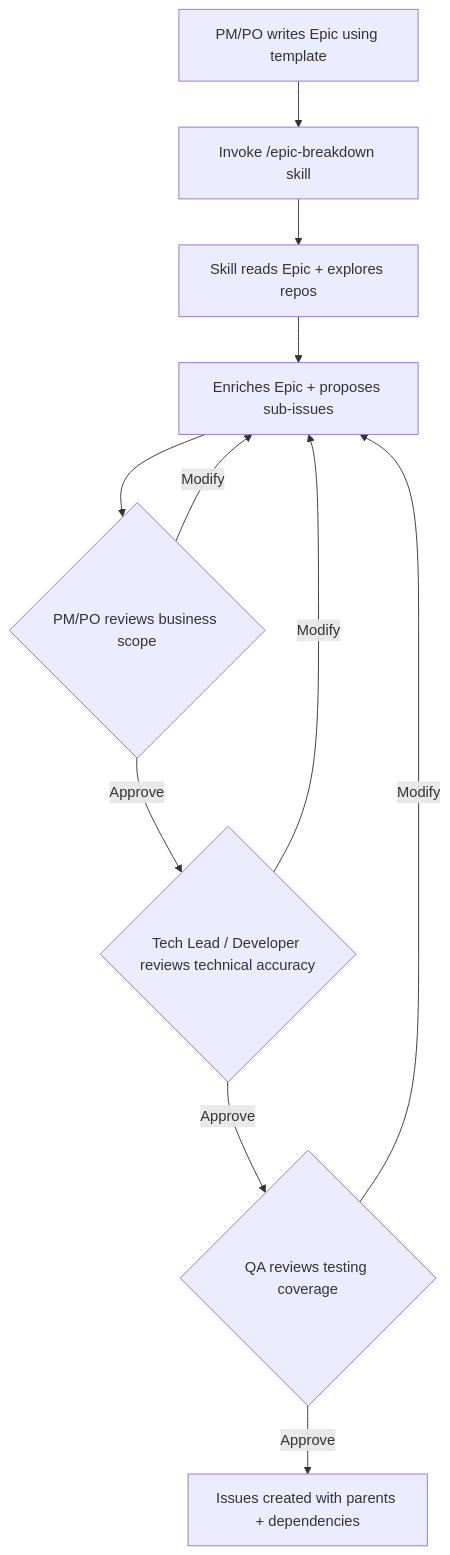
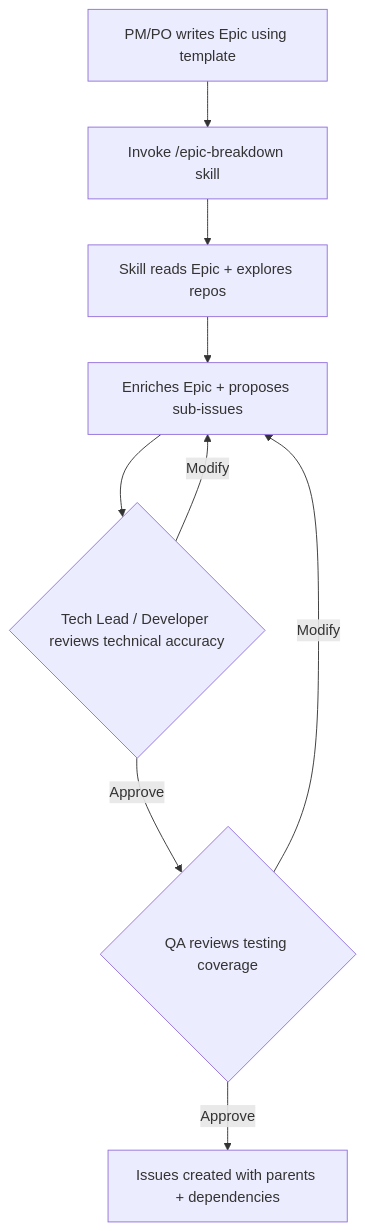
One commit to OmniTrustILM/.github changed the second of 2 diagrams in docs/development-process.md. Above: the diagram before and after it, drawn with Mermaid. The commit also changed other lines of this file, not shown here.

First line of the commit message:
Remove PM/PO review from the Epic breakdown flow

````diff
--- a/docs/development-process.md
+++ b/docs/development-process.md
@@ -267,13 +266,11 @@
 ```mermaid
 flowchart TB
     A[PM/PO writes Epic using template] --> B[Invoke /epic-breakdown skill]
     B --> C[Skill reads Epic + explores repos]
     C --> D[Enriches Epic + proposes sub-issues]
-    D --> E{PM/PO reviews business scope}
-    E -->|Modify| D
-    E -->|Approve| F{Tech Lead / Developer reviews technical accuracy}
+    D --> F{Tech Lead / Developer reviews technical accuracy}
     F -->|Modify| D
     F -->|Approve| G{QA reviews testing coverage}
     G -->|Modify| D
     G -->|Approve| H[Issues created with parents + dependencies]
 ```
````
